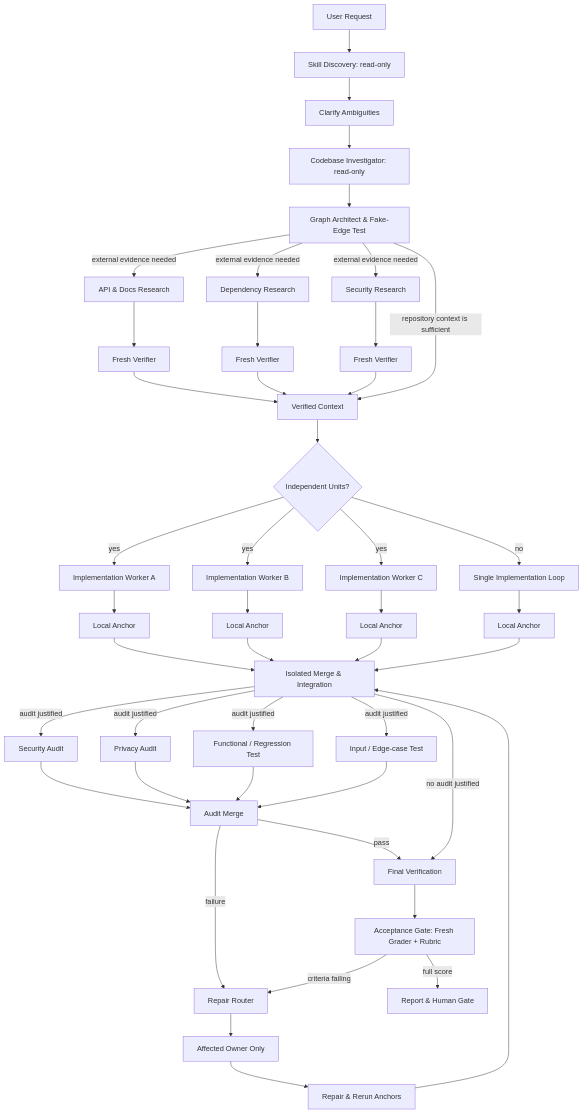
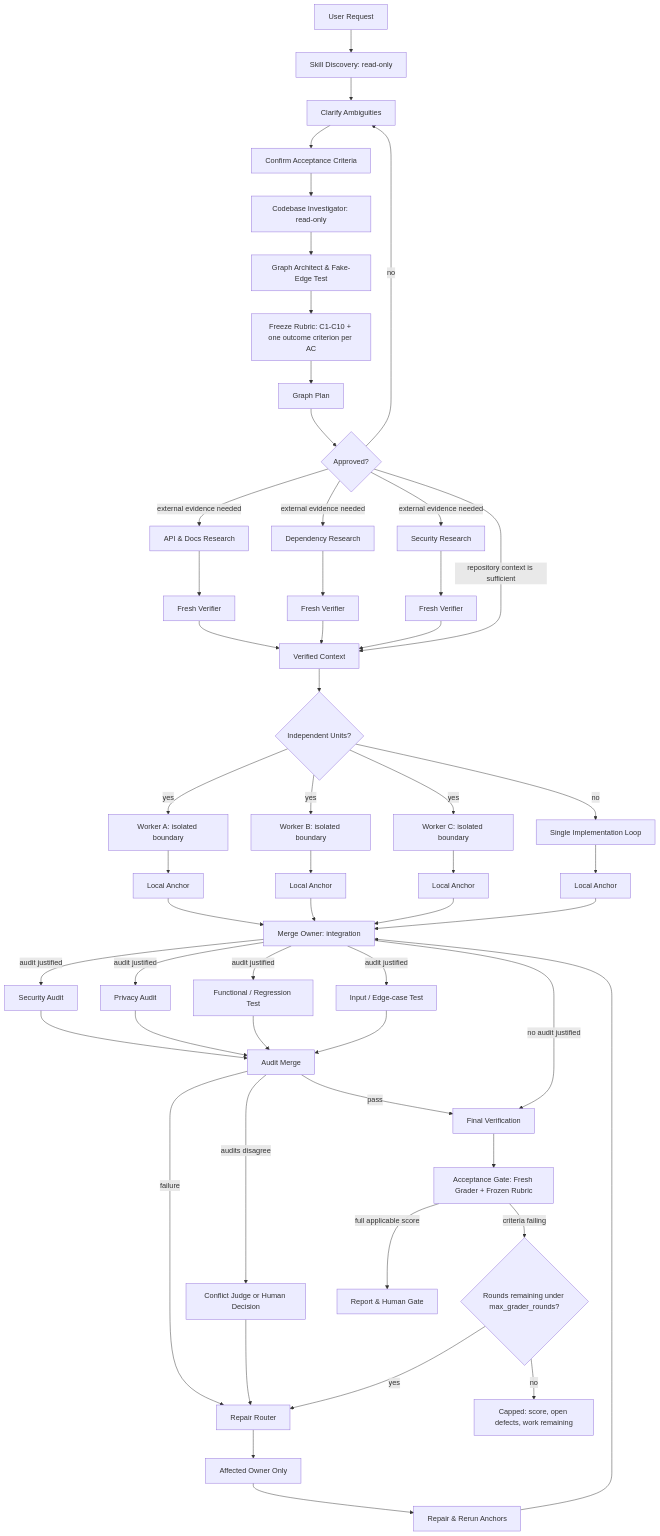
The diagram in README.md (Thanarak-q/graph-engineering-workflow), drawn with Mermaid before and after one commit.

Commit message:
docs: correct the architecture diagram against the current spec
The README diagram had no exit from the grader loop except success, so it
depicted the unbounded repair loop that Principle 10 and C8 forbid. It also
introduced the rubric at the acceptance gate, which is where the rubric must
NOT be written — outcome criteria are frozen before the first round, from
acceptance criteria confirmed with the user.

- add the round cap check and the capped terminal
- add Confirm Acceptance Criteria and Freeze Rubric before dispatch
- add the graph plan and its approval gate
- add the conflict judge path off the audit merge
- move isolation onto the workers, where C3 puts it, and label the merge
  node with its owner
- avoid '<' in a mermaid label so the decision node renders

````diff
--- a/README.md
+++ b/README.md
@@ -76,57 +76,66 @@
 ```mermaid
 flowchart TD
     U[User Request] --> SD[Skill Discovery: read-only]
     SD --> C[Clarify Ambiguities]
-    C --> CI[Codebase Investigator: read-only]
+    C --> AC[Confirm Acceptance Criteria]
+    AC --> CI[Codebase Investigator: read-only]
     CI --> G[Graph Architect & Fake-Edge Test]
+    G --> RB[Freeze Rubric: C1-C10 + one outcome criterion per AC]
+    RB --> P[Graph Plan]
+    P --> HA{Approved?}
+    HA -->|no| C
 
-    G -->|external evidence needed| R1[API & Docs Research]
-    G -->|external evidence needed| R2[Dependency Research]
-    G -->|external evidence needed| R3[Security Research]
+    HA -->|external evidence needed| R1[API & Docs Research]
+    HA -->|external evidence needed| R2[Dependency Research]
+    HA -->|external evidence needed| R3[Security Research]
 
     R1 --> V1[Fresh Verifier]
     R2 --> V2[Fresh Verifier]
     R3 --> V3[Fresh Verifier]
 
     V1 --> K[Verified Context]
     V2 --> K
     V3 --> K
-    G -->|repository context is sufficient| K
+    HA -->|repository context is sufficient| K
 
     K --> D{Independent Units?}
-    D -->|yes| I1[Implementation Worker A]
-    D -->|yes| I2[Implementation Worker B]
-    D -->|yes| I3[Implementation Worker C]
+    D -->|yes| I1[Worker A: isolated boundary]
+    D -->|yes| I2[Worker B: isolated boundary]
+    D -->|yes| I3[Worker C: isolated boundary]
     D -->|no| S[Single Implementation Loop]
 
     I1 --> T1[Local Anchor]
     I2 --> T2[Local Anchor]
     I3 --> T3[Local Anchor]
     S --> TS[Local Anchor]
 
-    T1 --> M[Isolated Merge & Integration]
+    T1 --> M[Merge Owner: integration]
     T2 --> M
     T3 --> M
     TS --> M
 
     M -->|audit justified| A1[Security Audit]
     M -->|audit justified| A2[Privacy Audit]
     M -->|audit justified| A3[Functional / Regression Test]
     M -->|audit justified| A4[Input / Edge-case Test]
     M -->|no audit justified| F[Final Verification]
 
     A1 --> AM[Audit Merge]
     A2 --> AM
     A3 --> AM
     A4 --> AM
 
     AM -->|failure| RR[Repair Router]
+    AM -->|audits disagree| CJ[Conflict Judge or Human Decision]
+    CJ --> RR
     RR --> O[Affected Owner Only]
     O --> RT[Repair & Rerun Anchors]
     RT --> M
 
     AM -->|pass| F
-    F --> GG[Acceptance Gate: Fresh Grader + Rubric]
-    GG -->|criteria failing| RR
-    GG -->|full score| H[Report & Human Gate]
+    F --> GG[Acceptance Gate: Fresh Grader + Frozen Rubric]
+    GG -->|full applicable score| H[Report & Human Gate]
+    GG -->|criteria failing| RC{Rounds remaining under max_grader_rounds?}
+    RC -->|yes| RR
+    RC -->|no| CAP[Capped: score, open defects, work remaining]
 ```
````
